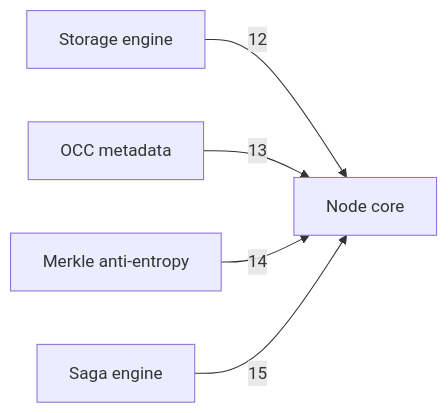
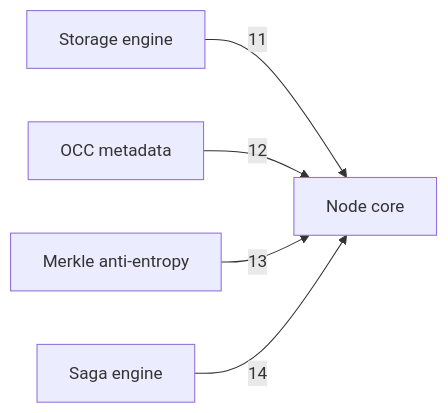
The diagram in docs/c4/diagrams/02-container-d.mmd (nickstrad/decentralized-object-store), drawn with Mermaid before and after one commit. The commit also changed 10 other files, not shown here.

```diff
--- a/docs/c4/diagrams/02-container-d.mmd
+++ b/docs/c4/diagrams/02-container-d.mmd
@@ -1,6 +1,6 @@
 %% draw-visual: -x 4 -y 1 -p 0
 graph LR
-  STORAGE[Storage engine] -->|12| NODE[Node core]
-  OCC[OCC metadata] -->|13| NODE
-  MERKLE[Merkle anti-entropy] -->|14| NODE
-  SAGA[Saga engine] -->|15| NODE
+  STORAGE[Storage engine] -->|11| NODE[Node core]
+  OCC[OCC metadata] -->|12| NODE
+  MERKLE[Merkle anti-entropy] -->|13| NODE
+  SAGA[Saga engine] -->|14| NODE
```
